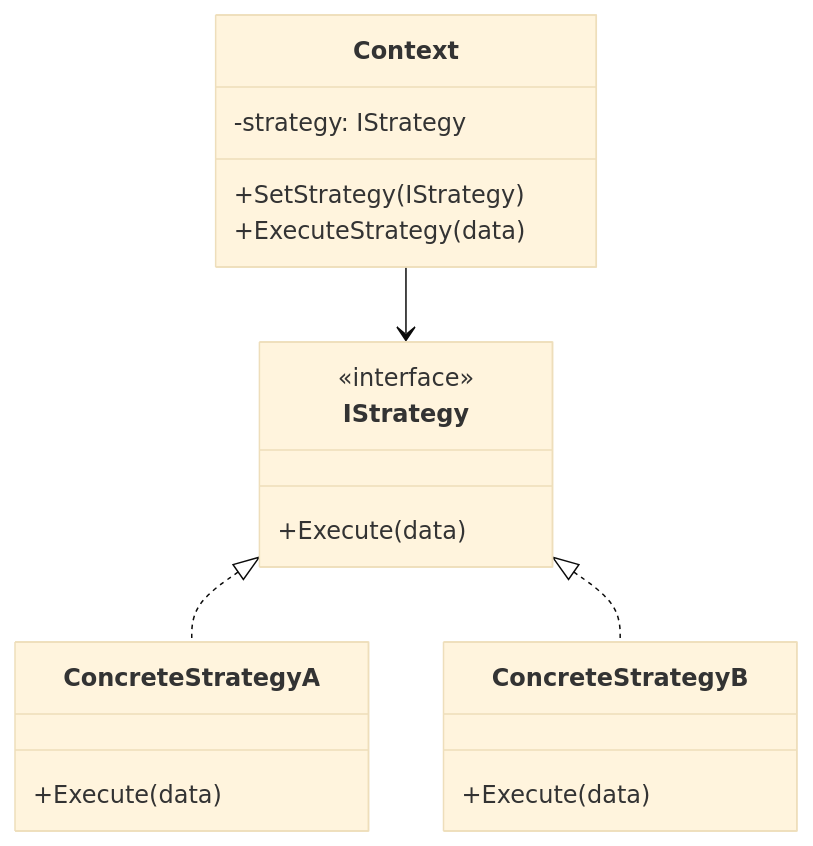
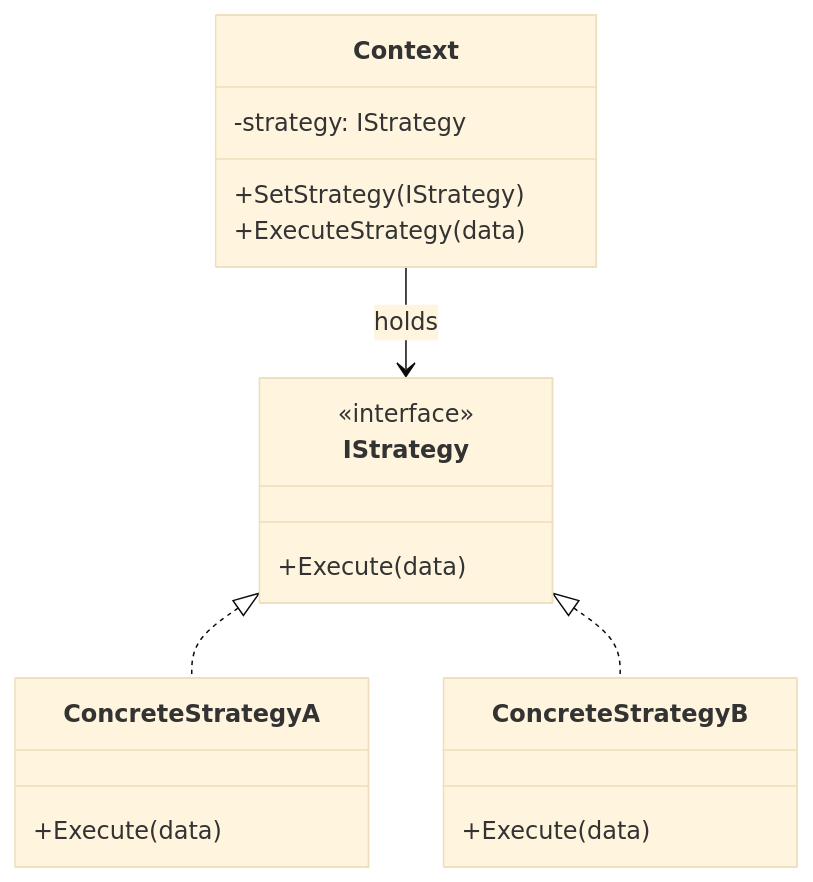
The eighth of 11 diagrams in raw/cs/design-patterns/behavioral-patterns.md (minijb/Wiki), drawn with Mermaid (base theme) before and after one commit. The commit also changed other lines of this file and 962 other files, not shown here.

````diff
--- a/raw/cs/design-patterns/behavioral-patterns.md
+++ b/raw/cs/design-patterns/behavioral-patterns.md
@@ -905,22 +1266,22 @@
 ```mermaid
 classDiagram
     class Context {
         -strategy: IStrategy
         +SetStrategy(IStrategy)
         +ExecuteStrategy(data)
     }
     class IStrategy {
         <<interface>>
         +Execute(data)
     }
     class ConcreteStrategyA {
         +Execute(data)
     }
     class ConcreteStrategyB {
         +Execute(data)
     }
 
-    Context --> IStrategy
+    Context --> IStrategy : holds
     IStrategy <|.. ConcreteStrategyA
     IStrategy <|.. ConcreteStrategyB
 ```
````
